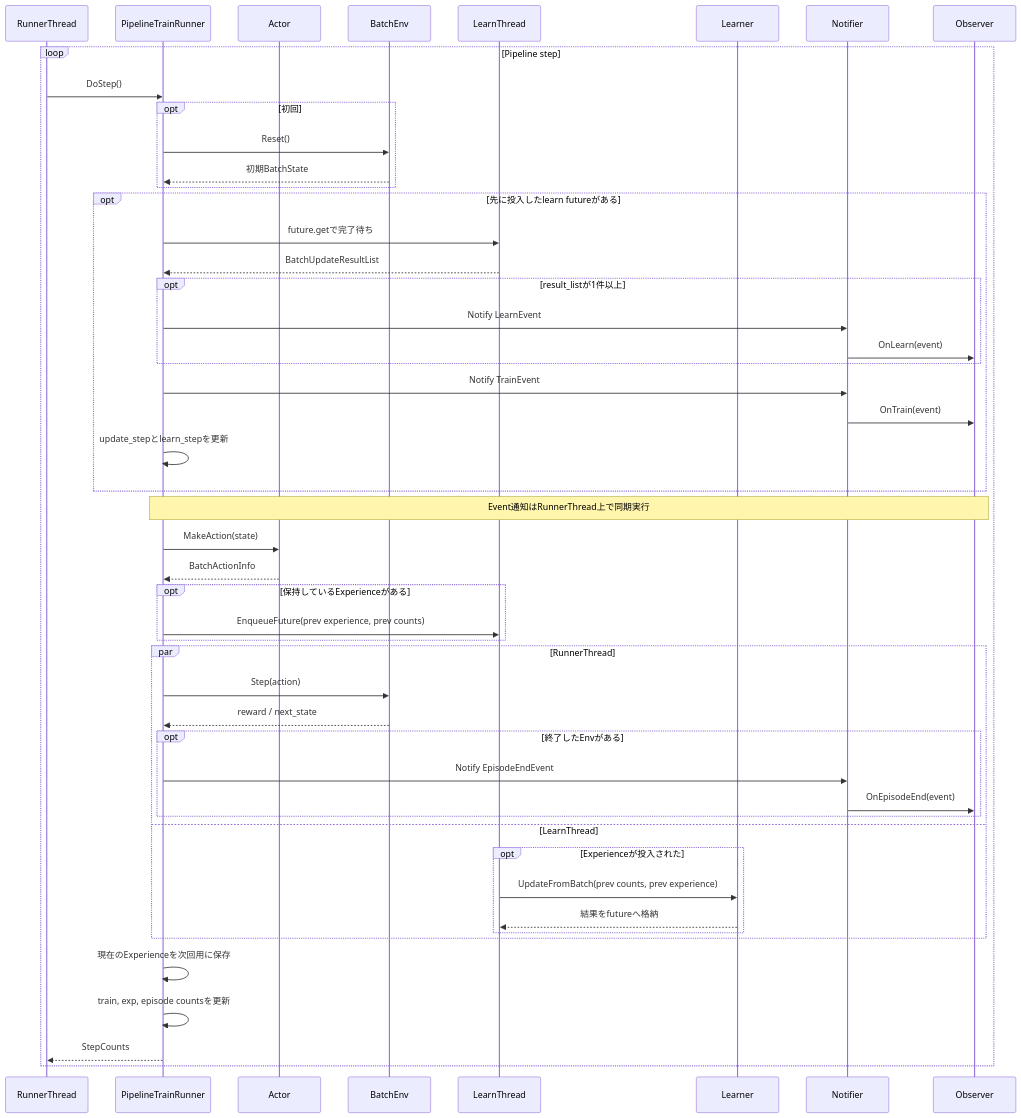
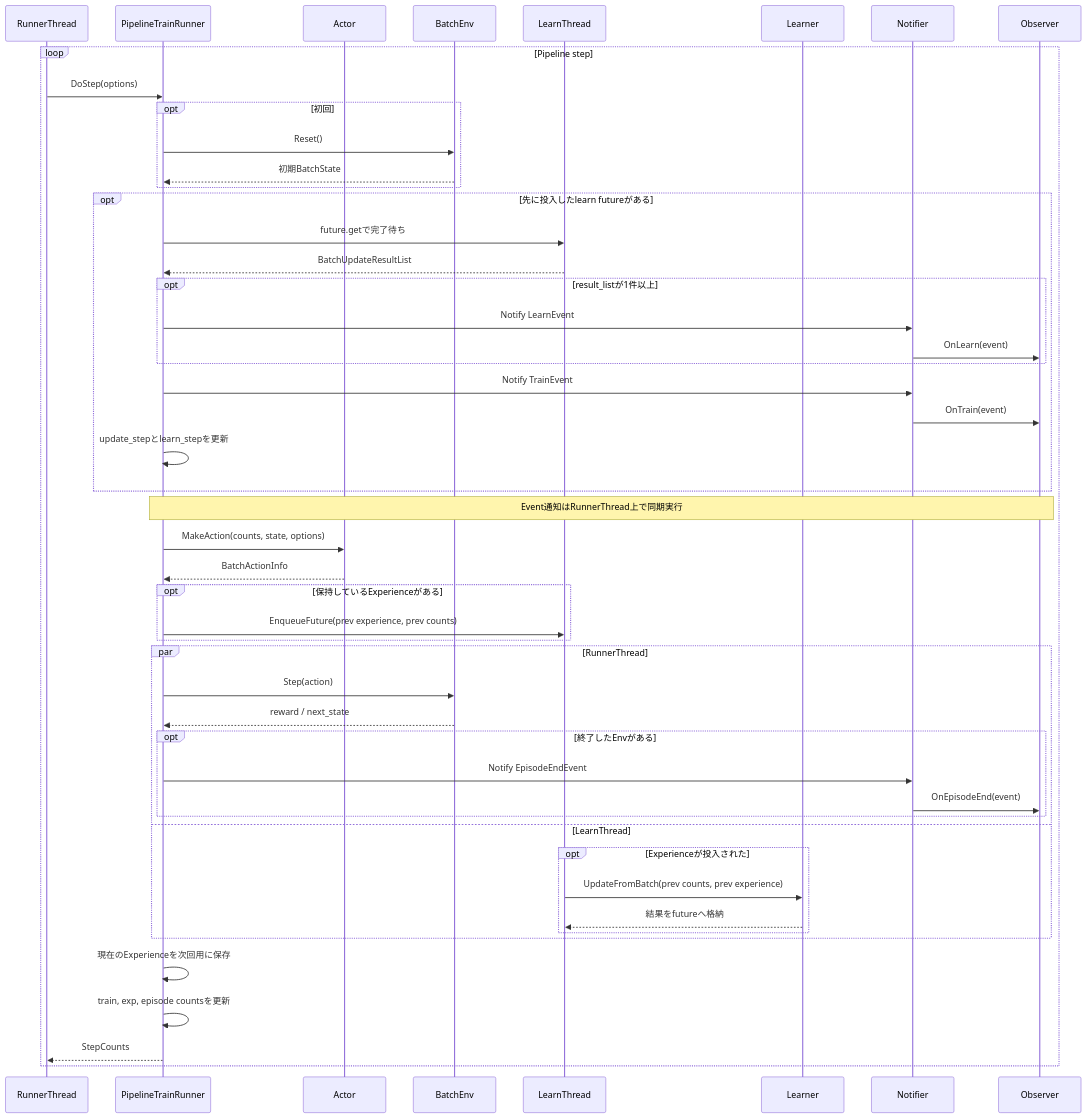
The fourth of 4 diagrams in docs/design/100_runtime_and_configuration.en.md (kazukin123/anet-lab), drawn with Mermaid before and after one commit. The commit also changed other lines of this file and 50 other files, not shown here.

````diff
--- a/docs/design/100_runtime_and_configuration.en.md
+++ b/docs/design/100_runtime_and_configuration.en.md
@@ -268,52 +269,52 @@
 ```mermaid
 sequenceDiagram
     participant RT as RunnerThread
     participant R as PipelineTrainRunner
     participant A as Actor
     participant E as BatchEnv
     participant W as LearnThread
     participant L as Learner
     participant N as Notifier
     participant O as Observer
 
     loop Pipeline step
-        RT->>R: DoStep()
+        RT->>R: DoStep(options)
         opt 初回
             R->>E: Reset()
             E-->>R: 初期BatchState
         end
         opt 先に投入したlearn futureがある
             R->>W: future.getで完了待ち
             W-->>R: BatchUpdateResultList
             opt result_listが1件以上
                 R->>N: Notify LearnEvent
                 N->>O: OnLearn(event)
             end
             R->>N: Notify TrainEvent
             N->>O: OnTrain(event)
             R->>R: update_stepとlearn_stepを更新
         end
         Note over R,O: Event通知はRunnerThread上で同期実行
-        R->>A: MakeAction(state)
+        R->>A: MakeAction(counts, state, options)
         A-->>R: BatchActionInfo
         opt 保持しているExperienceがある
             R->>W: EnqueueFuture(prev experience, prev counts)
         end
         par RunnerThread
             R->>E: Step(action)
             E-->>R: reward / next_state
             opt 終了したEnvがある
                 R->>N: Notify EpisodeEndEvent
                 N->>O: OnEpisodeEnd(event)
             end
         and LearnThread
             opt Experienceが投入された
                 W->>L: UpdateFromBatch(prev counts, prev experience)
                 L-->>W: 結果をfutureへ格納
             end
         end
         R->>R: 現在のExperienceを次回用に保存
         R->>R: train, exp, episode countsを更新
         R-->>RT: StepCounts
     end
 ```
````
